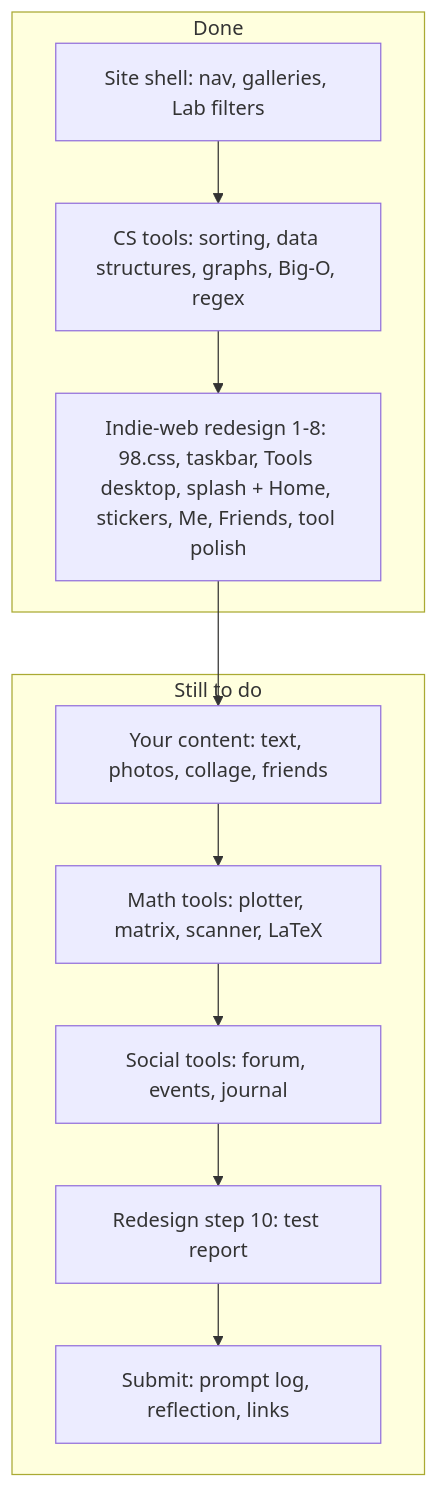
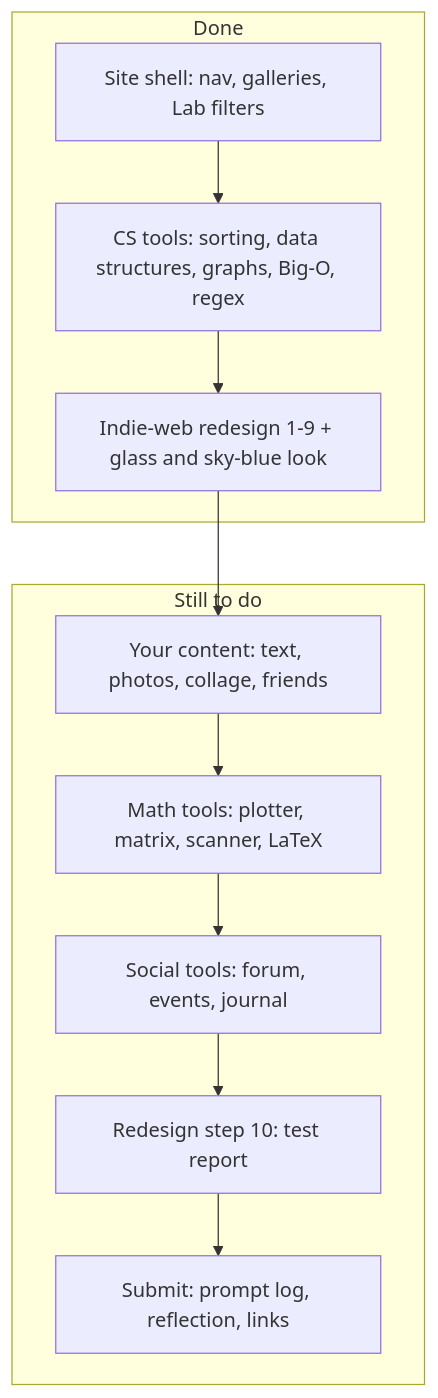
One commit to ChrisMedkit/CS-235-IntroToAI changed the first of 12 diagrams in DIAGRAM.md. Above: the diagram before and after it, drawn with Mermaid. The commit also changed other lines of this file and 4 other files, not shown here.

Commit message:
Glass panes and light-blue colors on the 98.css look

````diff
--- a/DIAGRAM.md
+++ b/DIAGRAM.md
@@ -5,18 +5,18 @@
 ```mermaid
 flowchart TD
   subgraph DONE["Done"]
     D1["Site shell: nav, galleries, Lab filters"]
     D2["CS tools: sorting, data structures, graphs, Big-O, regex"]
-    D3["Indie-web redesign 1-8: 98.css, taskbar, Tools desktop, splash + Home, stickers, Me, Friends, tool polish"]
+    D3["Indie-web redesign 1-9 + glass and sky-blue look"]
     D1 --> D2 --> D3
   end
   subgraph NEXT["Still to do"]
     N1["Your content: text, photos, collage, friends"]
     N2["Math tools: plotter, matrix, scanner, LaTeX"]
     N3["Social tools: forum, events, journal"]
     N4["Redesign step 10: test report"]
     N5["Submit: prompt log, reflection, links"]
     N1 --> N2 --> N3 --> N4 --> N5
   end
   D3 --> N1
 ```
````
